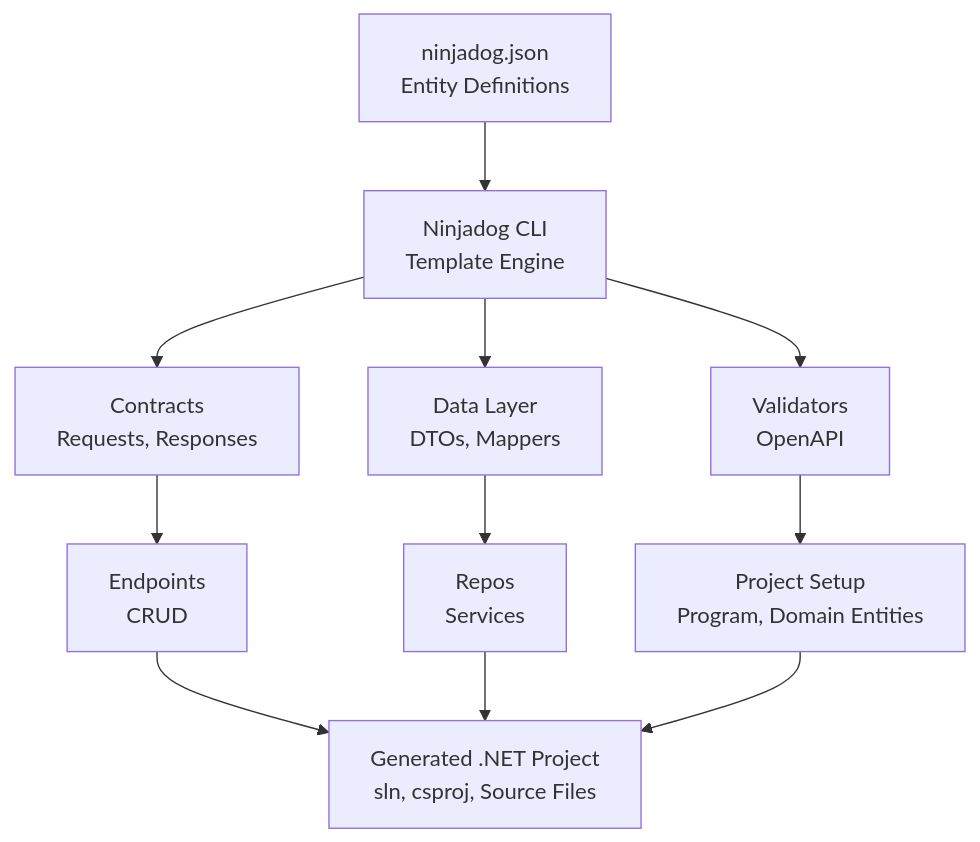
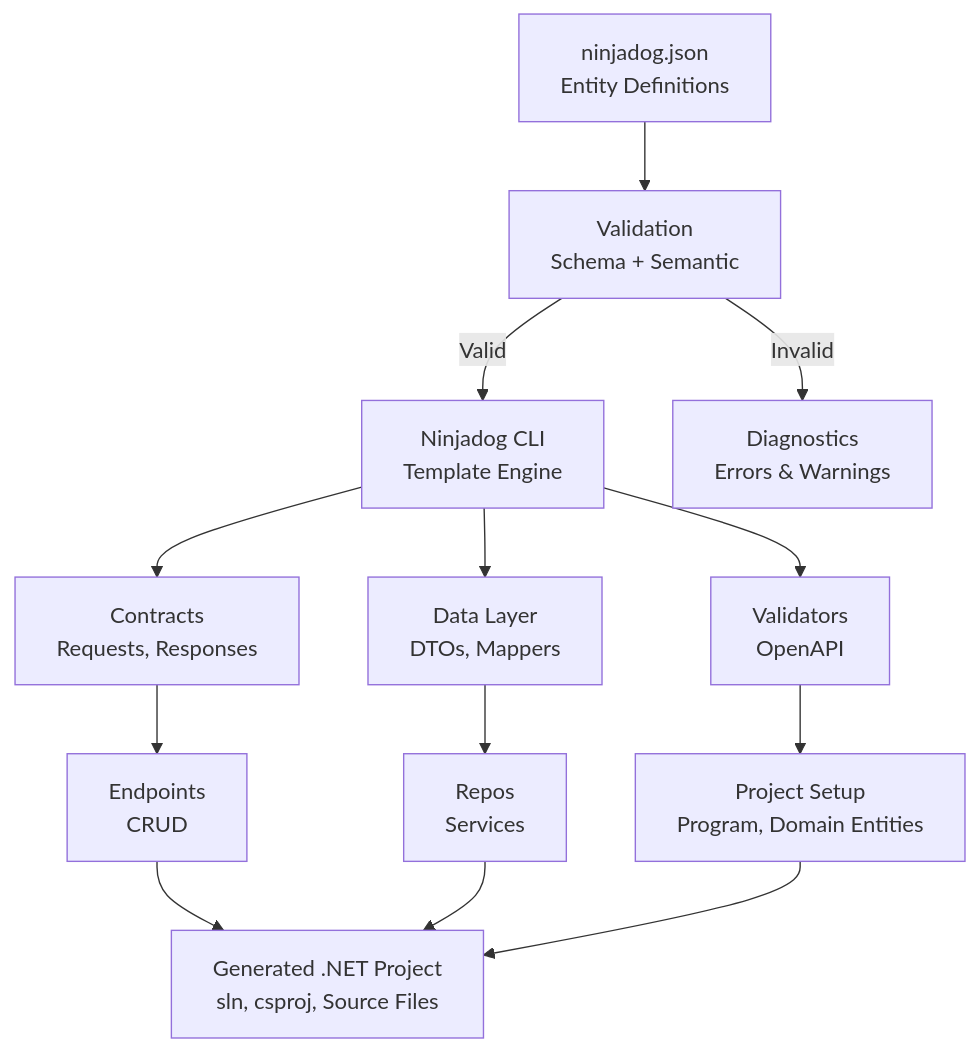
One commit to Atypical-Consulting/ninjadog changed the diagram in docs/architecture.md. Above: the diagram before and after it, drawn with Mermaid. The commit also changed other lines of this file and 1 other file, not shown here.

Commit message:
docs: add validation framework documentation page

````diff
--- a/docs/architecture.md
+++ b/docs/architecture.md
@@ -27,13 +27,15 @@
 ```mermaid
 flowchart TB
-    A["ninjadog.json<br/>Entity Definitions"] --> B["Ninjadog CLI<br/>Template Engine"]
+    A["ninjadog.json<br/>Entity Definitions"] --> V["Validation<br/>Schema + Semantic"]
+    V -->|Valid| B["Ninjadog CLI<br/>Template Engine"]
+    V -->|Invalid| X["Diagnostics<br/>Errors & Warnings"]
     B --> C["Contracts<br/>Requests, Responses"]
     B --> D["Data Layer<br/>DTOs, Mappers"]
     B --> E["Validators<br/>OpenAPI"]
     C --> F["Endpoints<br/>CRUD"]
     D --> G["Repos<br/>Services"]
     E --> H["Project Setup<br/>Program, Domain Entities"]
     F --> I["Generated .NET Project<br/>sln, csproj, Source Files"]
     G --> I
     H --> I
 ```
````
